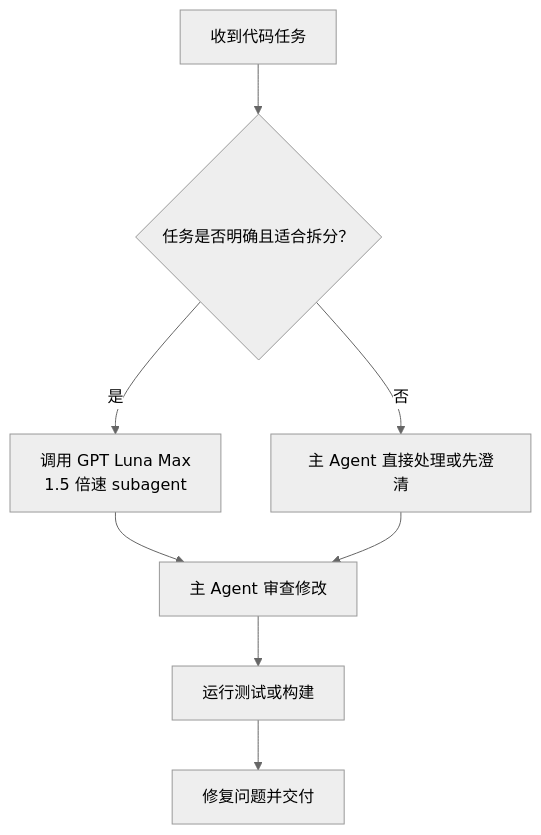
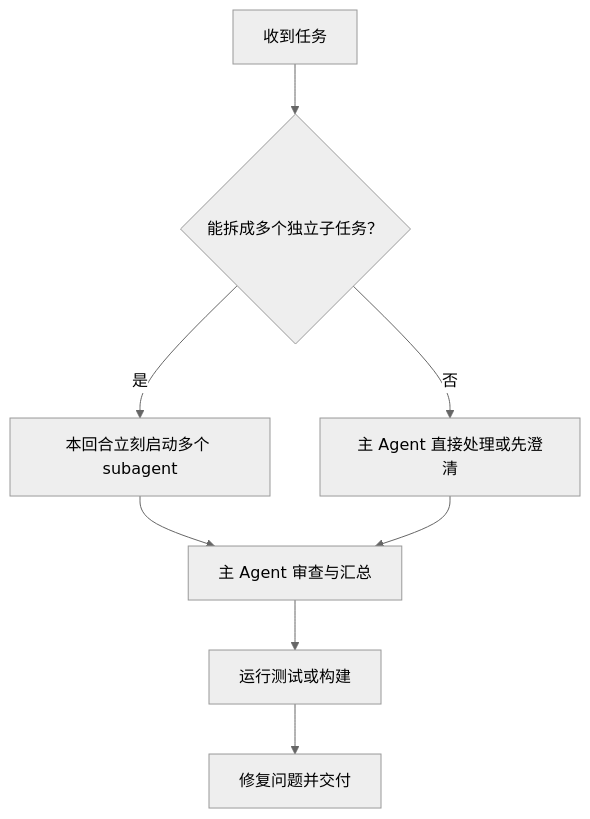
Before and after one commit to nicechencs/AgentHub: the diagram in AGENTS.md, drawn with Mermaid (neutral theme). The commit also changed other lines of this file and 255 other files, not shown here.

````diff
--- a/AGENTS.md
+++ b/AGENTS.md
@@ -92,10 +76,10 @@
 ```mermaid
 flowchart TD
-    A[收到代码任务] --> B{任务是否明确且适合拆分？}
-    B -- 是 --> C[调用 GPT Luna Max<br/>1.5 倍速 subagent]
+    A[收到任务] --> B{能拆成多个独立子任务？}
+    B -- 是 --> C[本回合立刻启动多个 subagent]
     B -- 否 --> D[主 Agent 直接处理或先澄清]
-    C --> E[主 Agent 审查修改]
+    C --> E[主 Agent 审查与汇总]
     D --> E
     E --> F[运行测试或构建]
     F --> G[修复问题并交付]
 ```
````
